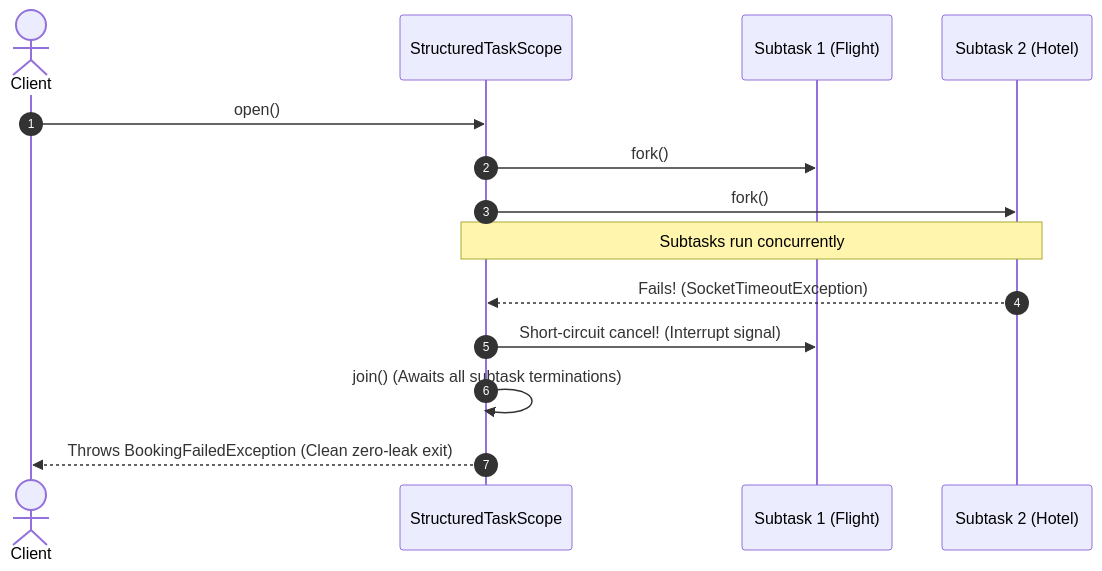
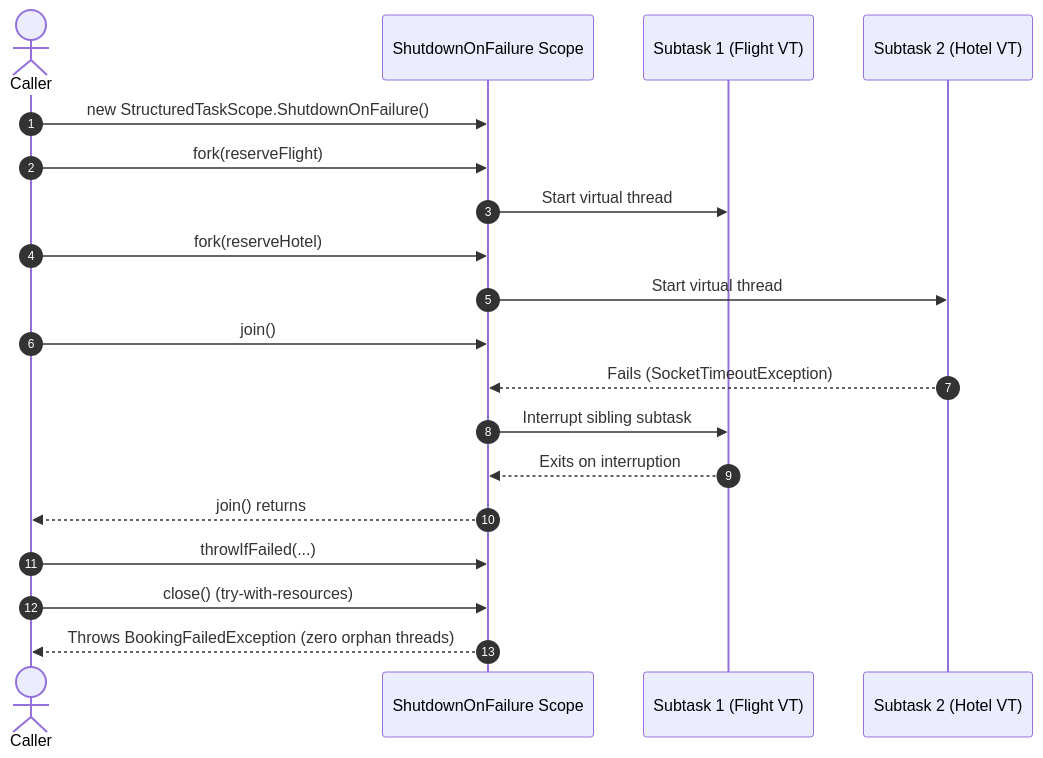
The first of 2 diagrams in content/roadmap/level-5/structured-concurrency-and-scoped-values.md (ravishankar2463/java_hub), drawn with Mermaid before and after one commit. The commit also changed other lines of this file and 119 other files, not shown here.

Commit message:
feat: add comprehensive java learning roadmap content across multiple levels

````diff
--- a/content/roadmap/level-5/structured-concurrency-and-scoped-values.md
+++ b/content/roadmap/level-5/structured-concurrency-and-scoped-values.md
@@ -56,17 +81,22 @@
 ```mermaid
 sequenceDiagram
     autonumber
-    actor Client
-    participant Scope as StructuredTaskScope
-    participant FSub as Subtask 1 (Flight)
-    participant HSub as Subtask 2 (Hotel)
+    actor Caller
+    participant Scope as ShutdownOnFailure Scope
+    participant Flight as Subtask 1 (Flight VT)
+    participant Hotel as Subtask 2 (Hotel VT)
 
-    Client->>Scope: open()
-    Scope->>FSub: fork()
-    Scope->>HSub: fork()
-    Note over Scope,HSub: Subtasks run concurrently
-    HSub-->>Scope: Fails! (SocketTimeoutException)
-    Scope->>FSub: Short-circuit cancel! (Interrupt signal)
-    Scope->>Scope: join() (Awaits all subtask terminations)
-    Scope-->>Client: Throws BookingFailedException (Clean zero-leak exit)
+    Caller->>Scope: new StructuredTaskScope.ShutdownOnFailure()
+    Caller->>Scope: fork(reserveFlight)
+    Scope->>Flight: Start virtual thread
+    Caller->>Scope: fork(reserveHotel)
+    Scope->>Hotel: Start virtual thread
+    Caller->>Scope: join()
+    Hotel-->>Scope: Fails (SocketTimeoutException)
+    Scope->>Flight: Interrupt sibling subtask
+    Flight-->>Scope: Exits on interruption
+    Scope-->>Caller: join() returns
+    Caller->>Scope: throwIfFailed(...)
+    Caller->>Scope: close() (try-with-resources)
+    Scope-->>Caller: Throws BookingFailedException (zero orphan threads)
 ```
````
